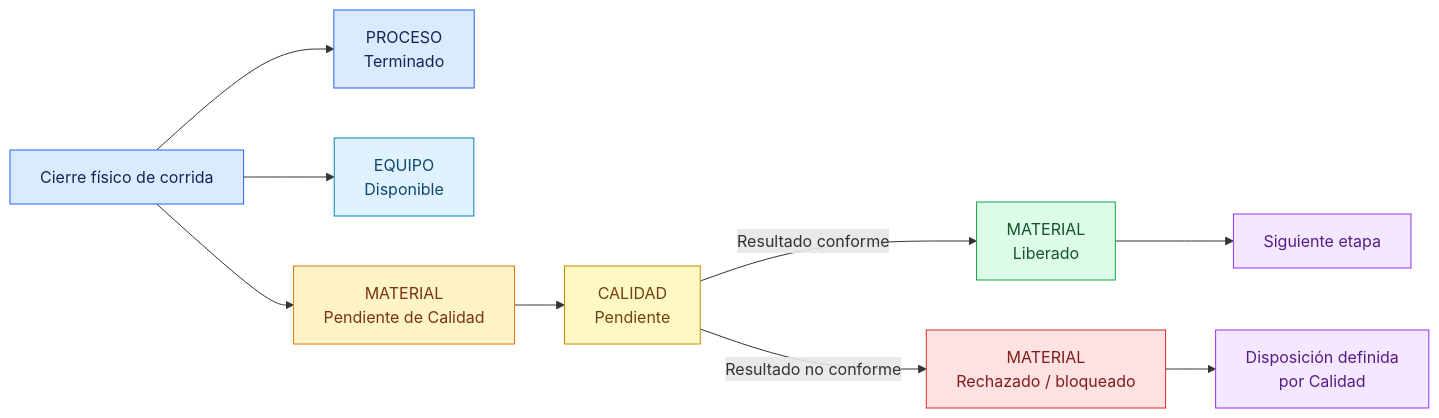
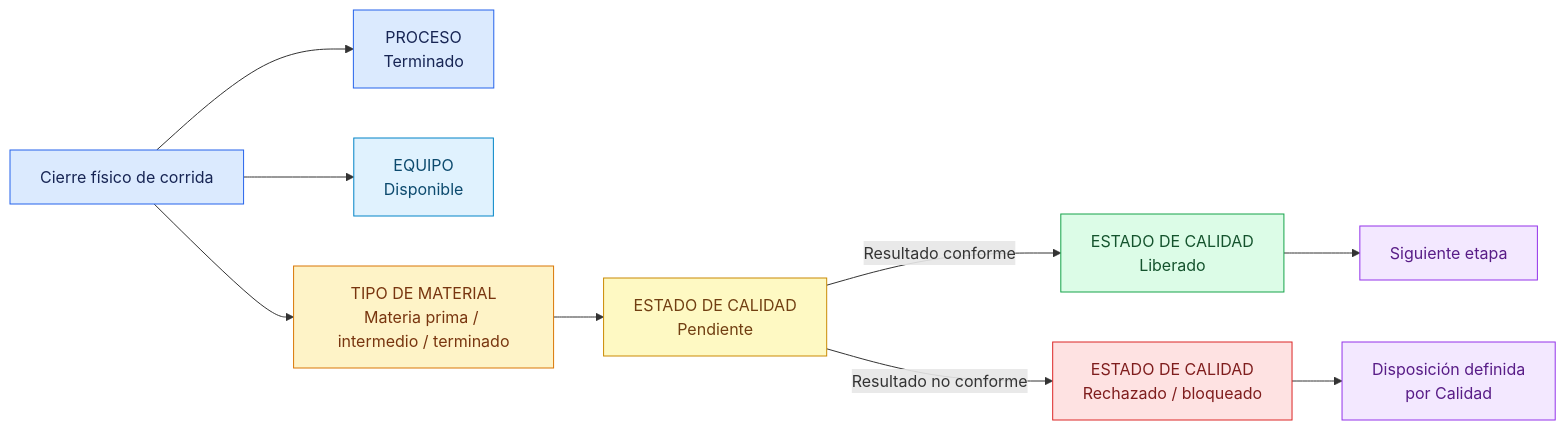
The diagram in docs/flujos/08-estados-proceso-material-calidad.md (FelipeCCAA/CCAA), drawn with Mermaid before and after one commit. The commit also changed other lines of this file and 63 other files, not shown here.

````diff
--- a/docs/flujos/08-estados-proceso-material-calidad.md
+++ b/docs/flujos/08-estados-proceso-material-calidad.md
@@ -9,26 +9,26 @@
 ```mermaid
 flowchart LR
     CIERRE[Cierre físico de corrida] --> PROC[PROCESO<br/>Terminado]
     CIERRE --> EQ[EQUIPO<br/>Disponible]
-    CIERRE --> MAT[MATERIAL<br/>Pendiente de Calidad]
-    MAT --> CAL[CALIDAD<br/>Pendiente]
-    CAL -->|Resultado conforme| LIB[MATERIAL<br/>Liberado]
-    CAL -->|Resultado no conforme| RECH[MATERIAL<br/>Rechazado / bloqueado]
+    CIERRE --> TIPO[TIPO DE MATERIAL<br/>Materia prima / intermedio / terminado]
+    TIPO --> CAL[ESTADO DE CALIDAD<br/>Pendiente]
+    CAL -->|Resultado conforme| LIB[ESTADO DE CALIDAD<br/>Liberado]
+    CAL -->|Resultado no conforme| RECH[ESTADO DE CALIDAD<br/>Rechazado / bloqueado]
     LIB --> SIG[Siguiente etapa]
     RECH --> DISP[Disposición definida<br/>por Calidad]
 
     class CIERRE,PROC process;
     class EQ equipment;
-    class MAT material;
+    class TIPO material;
     class CAL quality;
     class LIB approved;
     class RECH blocked;
     class SIG,DISP destination;
     classDef process fill:#dbeafe,stroke:#2563eb,color:#172554;
     classDef equipment fill:#e0f2fe,stroke:#0284c7,color:#0c4a6e;
     classDef material fill:#fef3c7,stroke:#d97706,color:#78350f;
     classDef quality fill:#fef9c3,stroke:#ca8a04,color:#713f12;
     classDef approved fill:#dcfce7,stroke:#16a34a,color:#14532d;
     classDef blocked fill:#fee2e2,stroke:#dc2626,color:#7f1d1d;
     classDef destination fill:#f3e8ff,stroke:#9333ea,color:#581c87;
 ```
````
